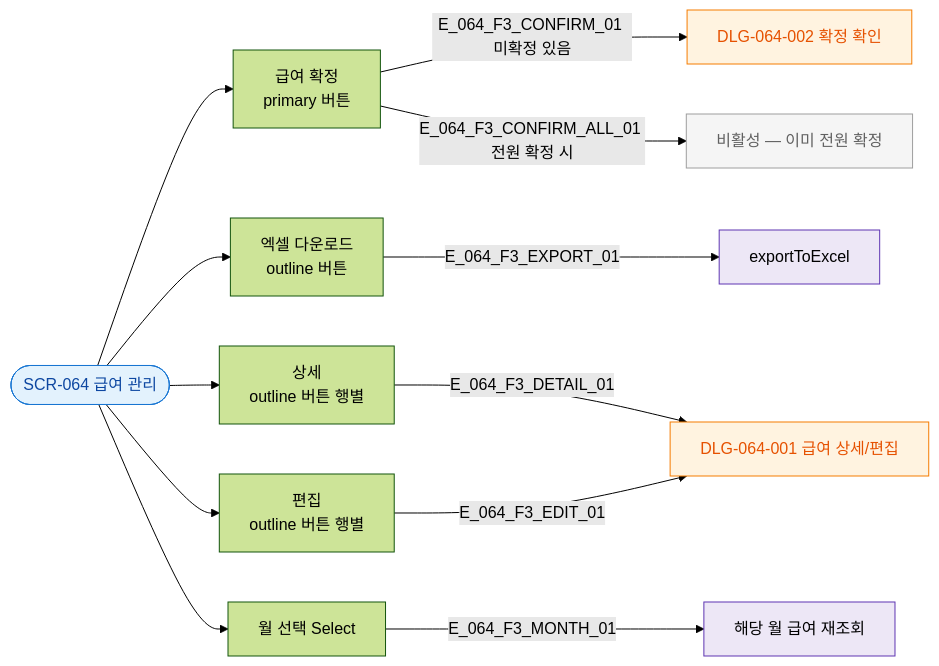
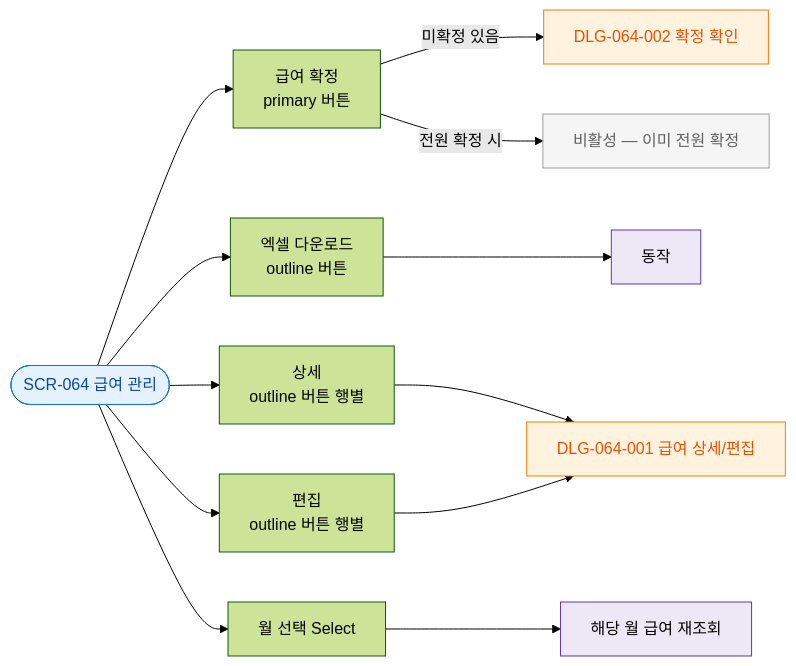
Before and after one commit to dev-spogym/admin-pando: the diagram in docs/다이어그램/D07_직원관리/SCR-064_급여관리/F3_버튼액션.md, drawn with Mermaid (forest theme). The commit also changed other lines of this file and 1660 other files, not shown here.

First line of the commit message:
다이어그램: 기획자/클라이언트 납품본으로 정리

````diff
--- a/docs/다이어그램/D07_직원관리/SCR-064_급여관리/F3_버튼액션.md
+++ b/docs/다이어그램/D07_직원관리/SCR-064_급여관리/F3_버튼액션.md
@@ -14,33 +12,33 @@
 ```mermaid
 flowchart LR
   SCR_064([SCR-064 급여 관리])
 
   BTN_CONFIRM[급여 확정\nprimary 버튼]
   BTN_EXPORT[엑셀 다운로드\noutline 버튼]
   BTN_DETAIL[상세\noutline 버튼 행별]
   BTN_EDIT[편집\noutline 버튼 행별]
   SEL_MONTH[월 선택 Select]
 
   SCR_064 --> BTN_CONFIRM
   SCR_064 --> BTN_EXPORT
   SCR_064 --> BTN_DETAIL
   SCR_064 --> BTN_EDIT
   SCR_064 --> SEL_MONTH
 
-  BTN_CONFIRM -->|E_064_F3_CONFIRM_01 미확정 있음| DLG_064_002[DLG-064-002 확정 확인]
-  BTN_CONFIRM -->|E_064_F3_CONFIRM_ALL_01 전원 확정 시| DISABLED_CONFIRM[비활성 — 이미 전원 확정]
-  BTN_EXPORT -->|E_064_F3_EXPORT_01| EXPORT[exportToExcel]
-  BTN_DETAIL -->|E_064_F3_DETAIL_01| DLG_064_001[DLG-064-001 급여 상세/편집]
-  BTN_EDIT -->|E_064_F3_EDIT_01| DLG_064_001
-  SEL_MONTH -->|E_064_F3_MONTH_01| RELOAD[해당 월 급여 재조회]
+  BTN_CONFIRM -->|미확정 있음|DLG_064_002[DLG-064-002 확정 확인]
+  BTN_CONFIRM -->|전원 확정 시|DISABLED_CONFIRM[비활성 — 이미 전원 확정]
+  BTN_EXPORT --> EXPORT[동작]
+  BTN_DETAIL --> DLG_064_001[DLG-064-001 급여 상세/편집]
+  BTN_EDIT --> DLG_064_001
+  SEL_MONTH --> RELOAD[해당 월 급여 재조회]
 
-  classDef screen      fill:#E3F2FD,stroke:#1976D2,color:#0D47A1
-  classDef modal       fill:#FFF3E0,stroke:#F57C00,color:#E65100
+  classDef screen fill:#E3F2FD,stroke:#1976D2,color:#0D47A1
+  classDef modal fill:#FFF3E0,stroke:#F57C00,color:#E65100
   classDef rbacBlocked fill:#F5F5F5,stroke:#9E9E9E,color:#616161
-  classDef system      fill:#EDE7F6,stroke:#5E35B2
+  classDef system fill:#EDE7F6,stroke:#5E35B2
 
   class SCR_064 screen
   class DLG_064_001,DLG_064_002 modal
   class DISABLED_CONFIRM rbacBlocked
   class EXPORT,RELOAD system
 ```
````
